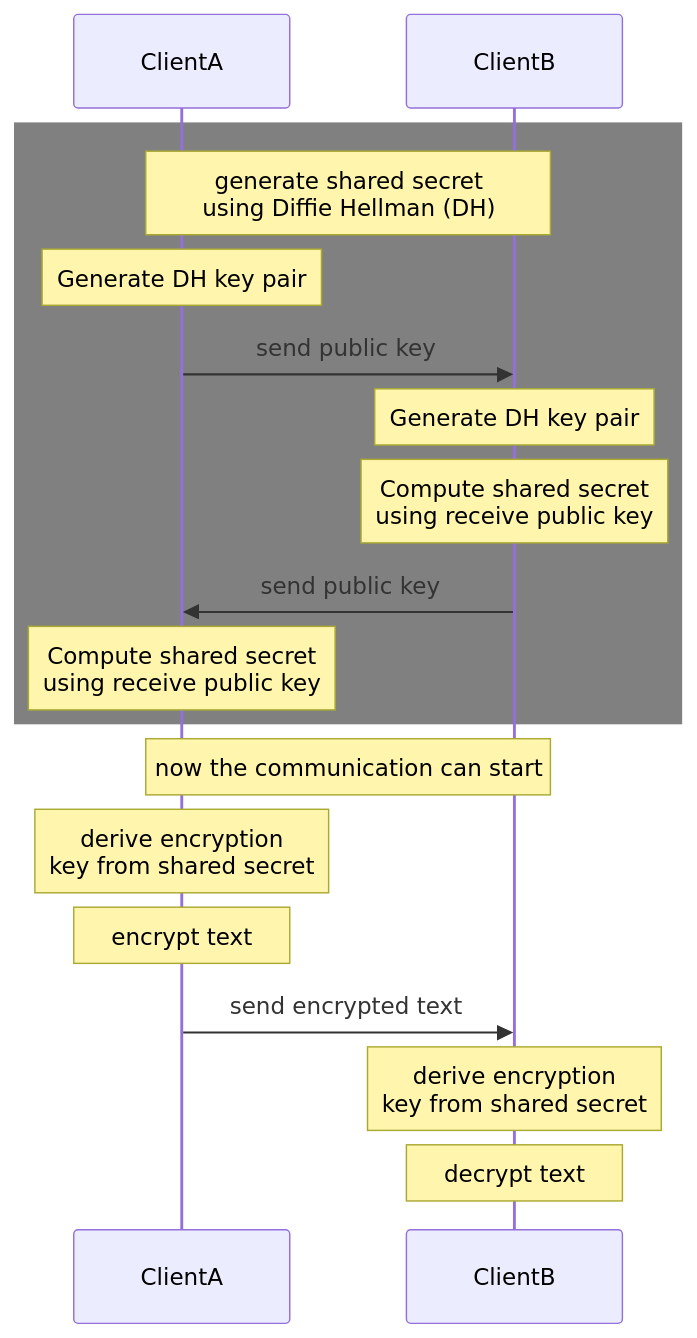
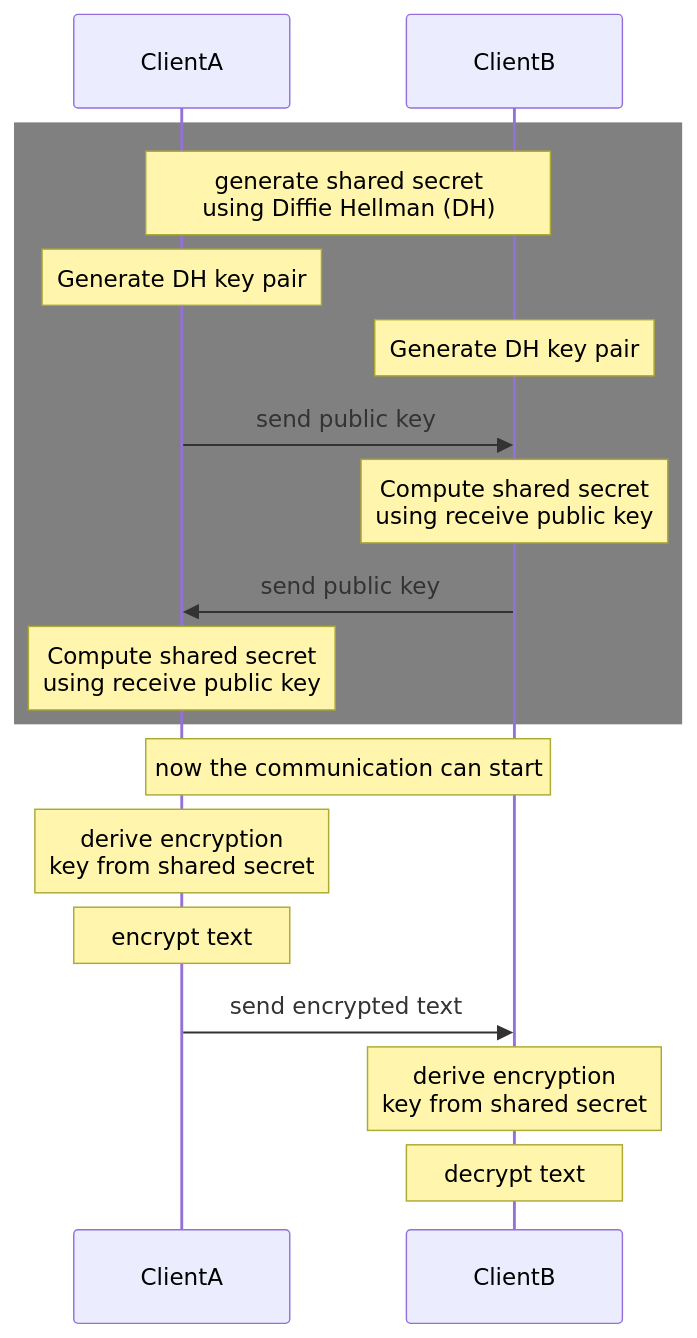
The fifth of 6 diagrams in README.md (GuillaumeBouchetEpitech/wasm-cryptopp-as-module), drawn with Mermaid before and after one commit. The commit also changed other lines of this file and 3 other files, not shown here.

````diff
--- a/README.md
+++ b/README.md
@@ -156,22 +192,23 @@
 ```mermaid
 sequenceDiagram
 
     rect rgb(128, 128, 128)
       Note over ClientA,ClientB: generate shared secret<br>using Diffie Hellman (DH)
 
       Note over ClientA: Generate DH key pair
+      Note over ClientB: Generate DH key pair
+
       ClientA->>ClientB: send public key
-      Note over ClientB: Generate DH key pair
       Note over ClientB: Compute shared secret<br>using receive public key
       ClientB->>ClientA: send public key
       Note over ClientA: Compute shared secret<br>using receive public key
     end
 
     Note over ClientA,ClientB: now the communication can start
 
     Note over ClientA: derive encryption<br>key from shared secret
     Note over ClientA: encrypt text
     ClientA->>ClientB: send encrypted text
     Note over ClientB: derive encryption<br>key from shared secret
     Note over ClientB: decrypt text
 ```
````
